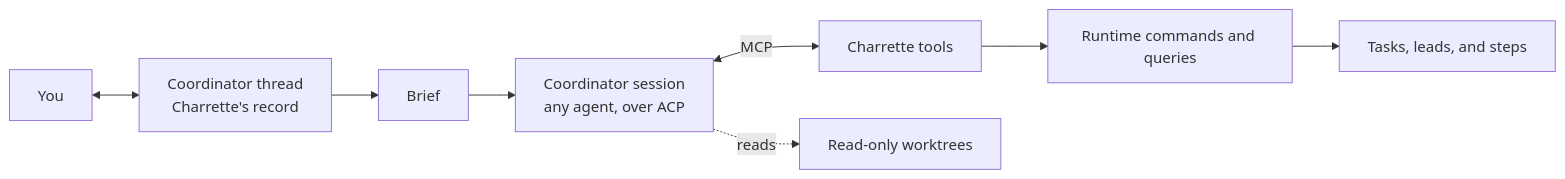
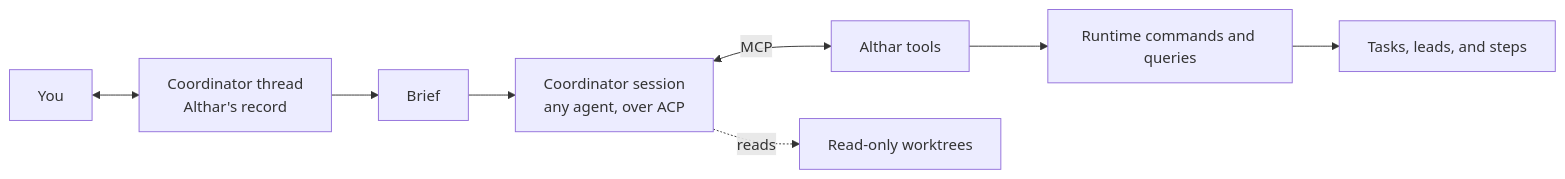
Before and after one commit to AltharIDE/althar: the diagram in docs/architecture/04-coordinator.md, drawn with Mermaid. The commit also changed other lines of this file and 343 other files, not shown here.

First line of the commit message:
Rename Charrette to Althar

````diff
--- a/docs/architecture/04-coordinator.md
+++ b/docs/architecture/04-coordinator.md
@@ -32,10 +32,10 @@
 ```mermaid
 flowchart LR
-    You["You"] <--> Thread["Coordinator thread<br/>Charrette's record"]
+    You["You"] <--> Thread["Coordinator thread<br/>Althar's record"]
     Thread --> Brief["Brief"]
     Brief --> Session["Coordinator session<br/>any agent, over ACP"]
-    Session <-->|"MCP"| Tools["Charrette tools"]
+    Session <-->|"MCP"| Tools["Althar tools"]
     Tools --> Runtime["Runtime commands and queries"]
     Session -.->|"reads"| Repos["Read-only worktrees"]
     Runtime --> Tasks["Tasks, leads, and steps"]
 ```
````
